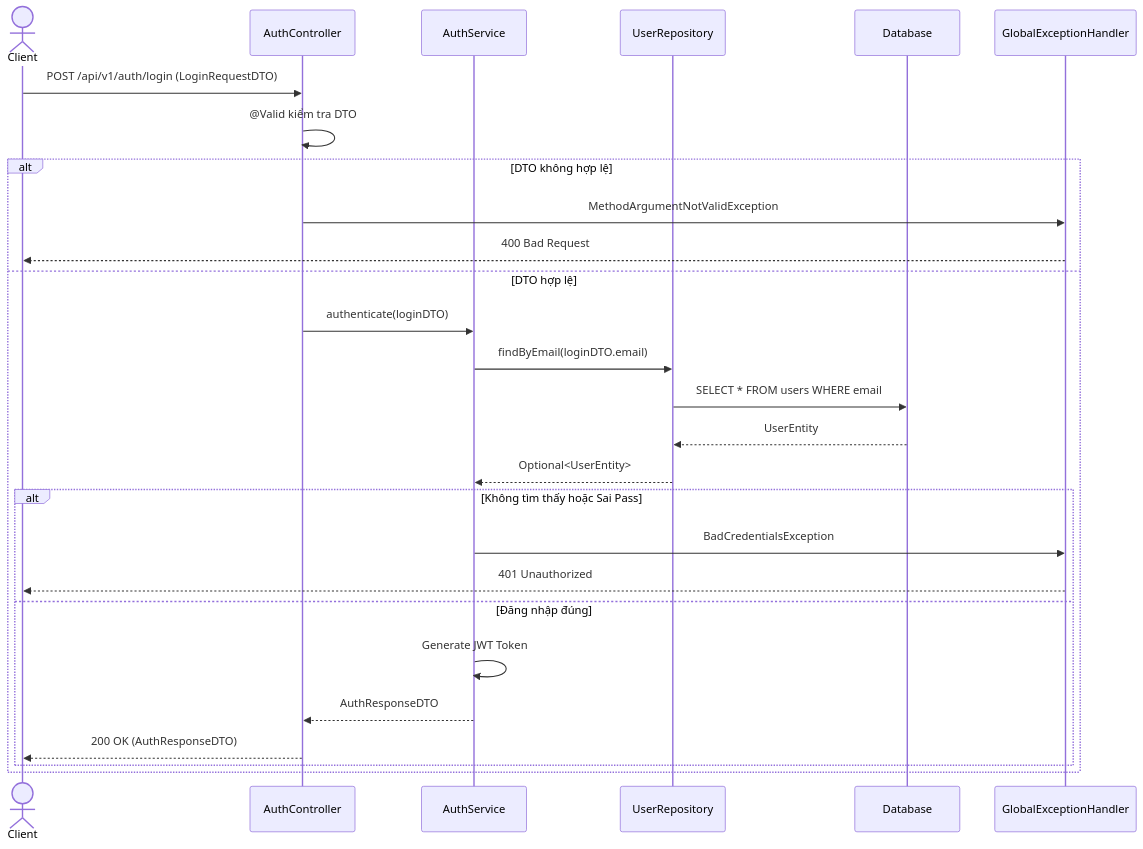
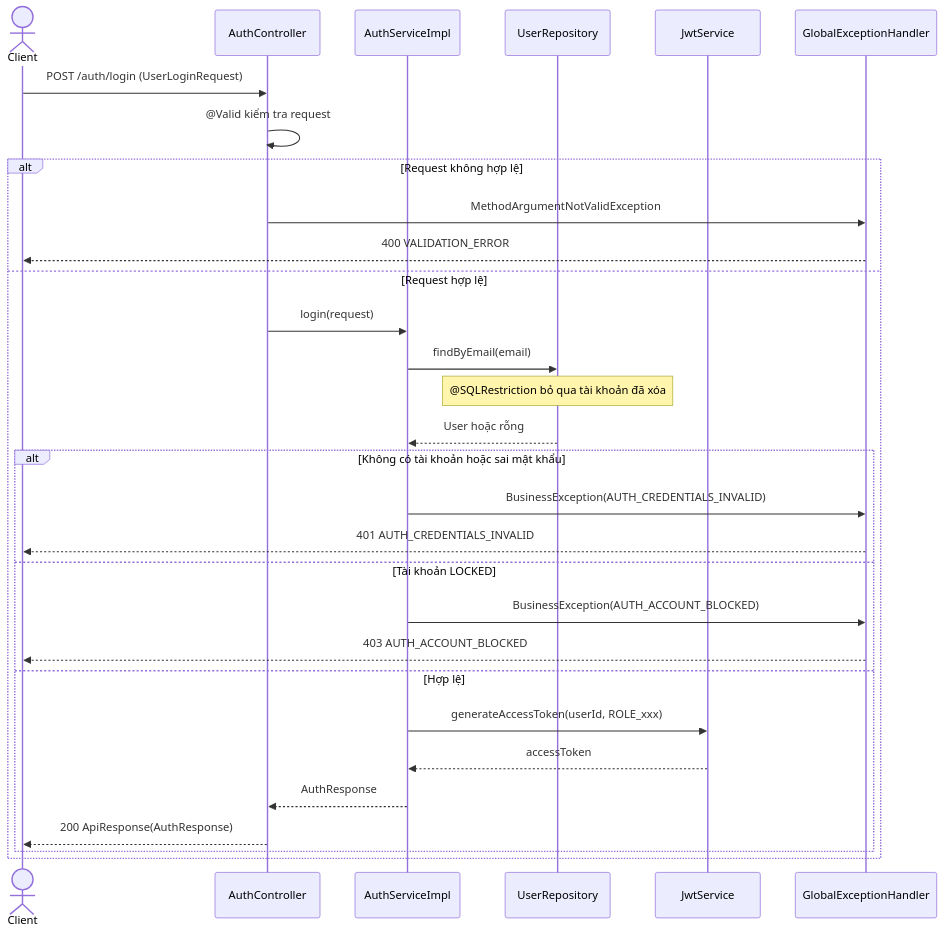
Before and after one commit to dungcony/e-learn: the first of 2 diagrams in docs/design/auth-profile/api.md, drawn with Mermaid. The commit also changed other lines of this file and 15 other files, not shown here.

````diff
--- a/docs/design/auth-profile/api.md
+++ b/docs/design/auth-profile/api.md
@@ -13,32 +41,35 @@
 ```mermaid
 sequenceDiagram
     actor Client
     participant Ctrl as AuthController
-    participant Svc as AuthService
+    participant Svc as AuthServiceImpl
     participant Repo as UserRepository
-    participant DB as Database
+    participant Jwt as JwtService
     participant Handler as GlobalExceptionHandler
 
-    Client->>Ctrl: POST /api/v1/auth/login (LoginRequestDTO)
-    Ctrl->>Ctrl: @Valid kiểm tra DTO
-    
-    alt DTO không hợp lệ
+    Client->>Ctrl: POST /auth/login (UserLoginRequest)
+    Ctrl->>Ctrl: @Valid kiểm tra request
+
+    alt Request không hợp lệ
         Ctrl->>Handler: MethodArgumentNotValidException
-        Handler-->>Client: 400 Bad Request
-    else DTO hợp lệ
-        Ctrl->>Svc: authenticate(loginDTO)
-        Svc->>Repo: findByEmail(loginDTO.email)
-        Repo->>DB: SELECT * FROM users WHERE email
-        DB-->>Repo: UserEntity
-        Repo-->>Svc: Optional<UserEntity>
-        
-        alt Không tìm thấy hoặc Sai Pass
-            Svc->>Handler: BadCredentialsException
-            Handler-->>Client: 401 Unauthorized
-        else Đăng nhập đúng
-            Svc->>Svc: Generate JWT Token
-            Svc-->>Ctrl: AuthResponseDTO
-            Ctrl-->>Client: 200 OK (AuthResponseDTO)
+        Handler-->>Client: 400 VALIDATION_ERROR
+    else Request hợp lệ
+        Ctrl->>Svc: login(request)
+        Svc->>Repo: findByEmail(email)
+        Note over Repo: @SQLRestriction bỏ qua tài khoản đã xóa
+        Repo-->>Svc: User hoặc rỗng
+
+        alt Không có tài khoản hoặc sai mật khẩu
+            Svc->>Handler: BusinessException(AUTH_CREDENTIALS_INVALID)
+            Handler-->>Client: 401 AUTH_CREDENTIALS_INVALID
+        else Tài khoản LOCKED
+            Svc->>Handler: BusinessException(AUTH_ACCOUNT_BLOCKED)
+            Handler-->>Client: 403 AUTH_ACCOUNT_BLOCKED
+        else Hợp lệ
+            Svc->>Jwt: generateAccessToken(userId, ROLE_xxx)
+            Jwt-->>Svc: accessToken
+            Svc-->>Ctrl: AuthResponse
+            Ctrl-->>Client: 200 ApiResponse(AuthResponse)
         end
     end
 ```
````
